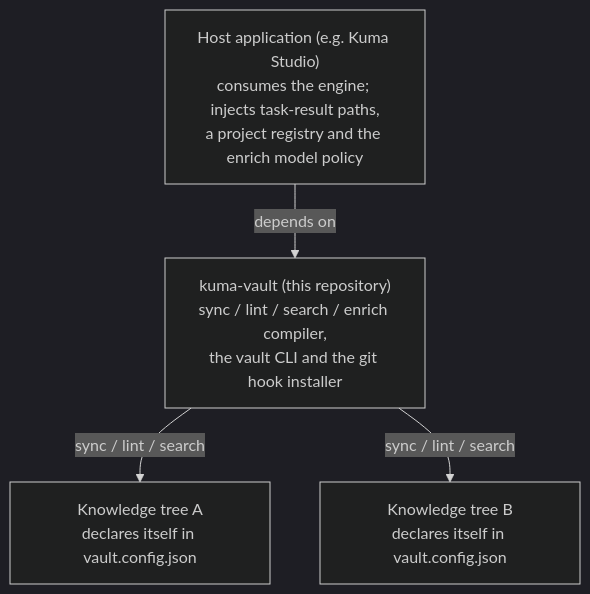
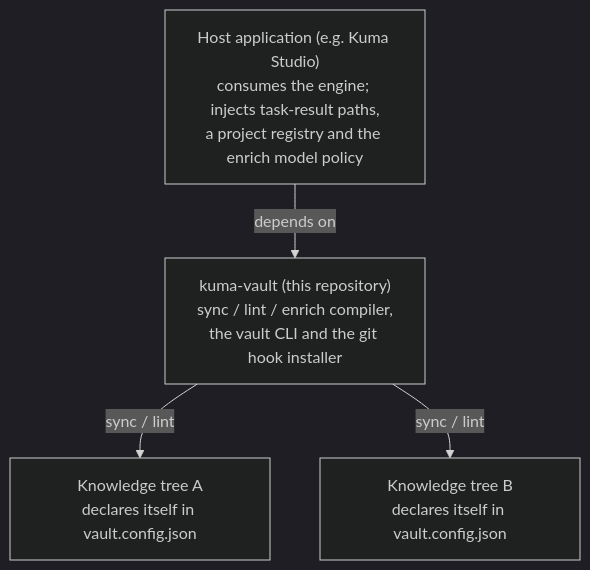
Before and after one commit to aldegad/kuma-vault: the fifth of 5 diagrams in docs/architecture.md, drawn with Mermaid (dark theme). The commit also changed other lines of this file and 130 other files, not shown here.

````diff
--- a/docs/architecture.md
+++ b/docs/architecture.md
@@ -177,10 +181,10 @@
 ```mermaid
 flowchart TD
     HOST["Host application (e.g. Kuma Studio)<br/>consumes the engine; injects task-result paths,<br/>a project registry and the enrich model policy"]
-    ENG["kuma-vault (this repository)<br/>sync / lint / search / enrich compiler,<br/>the vault CLI and the git hook installer"]
+    ENG["kuma-vault (this repository)<br/>sync / lint / enrich compiler,<br/>the vault CLI and the git hook installer"]
     K1["Knowledge tree A<br/>declares itself in vault.config.json"]
     K2["Knowledge tree B<br/>declares itself in vault.config.json"]
     HOST -->|"depends on"| ENG
-    ENG -->|"sync / lint / search"| K1
-    ENG -->|"sync / lint / search"| K2
+    ENG -->|"sync / lint"| K1
+    ENG -->|"sync / lint"| K2
 ```
````
